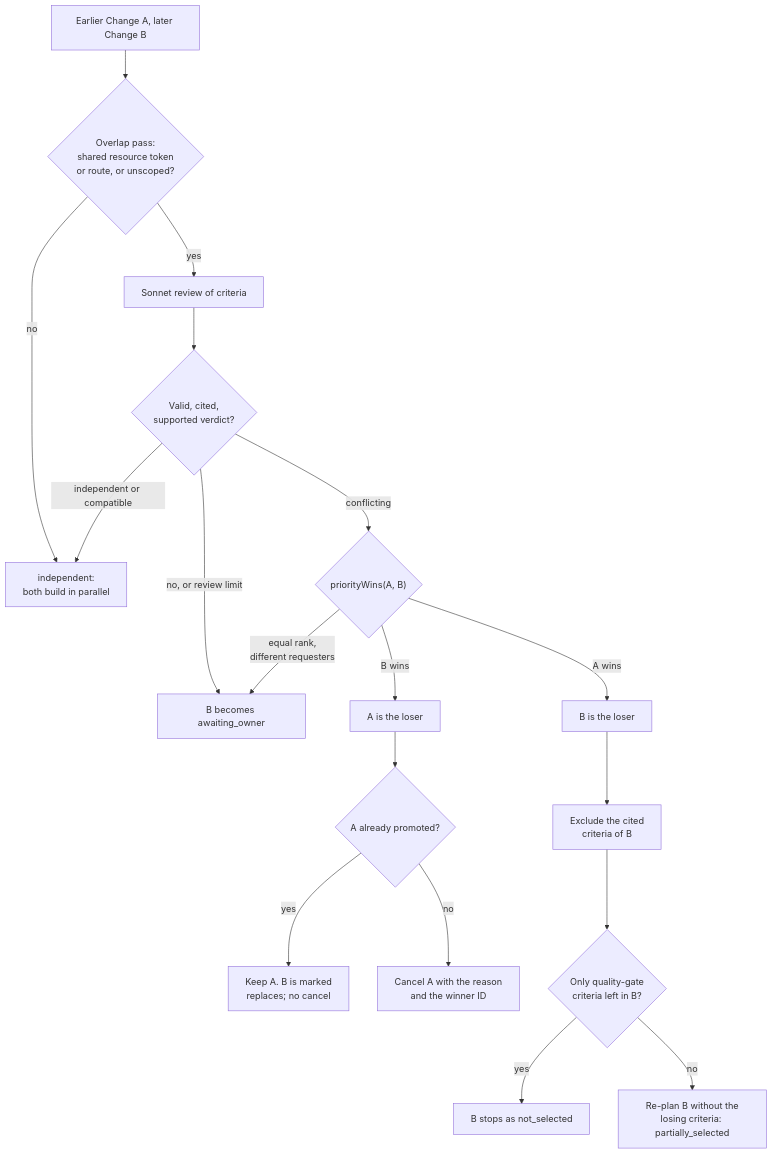
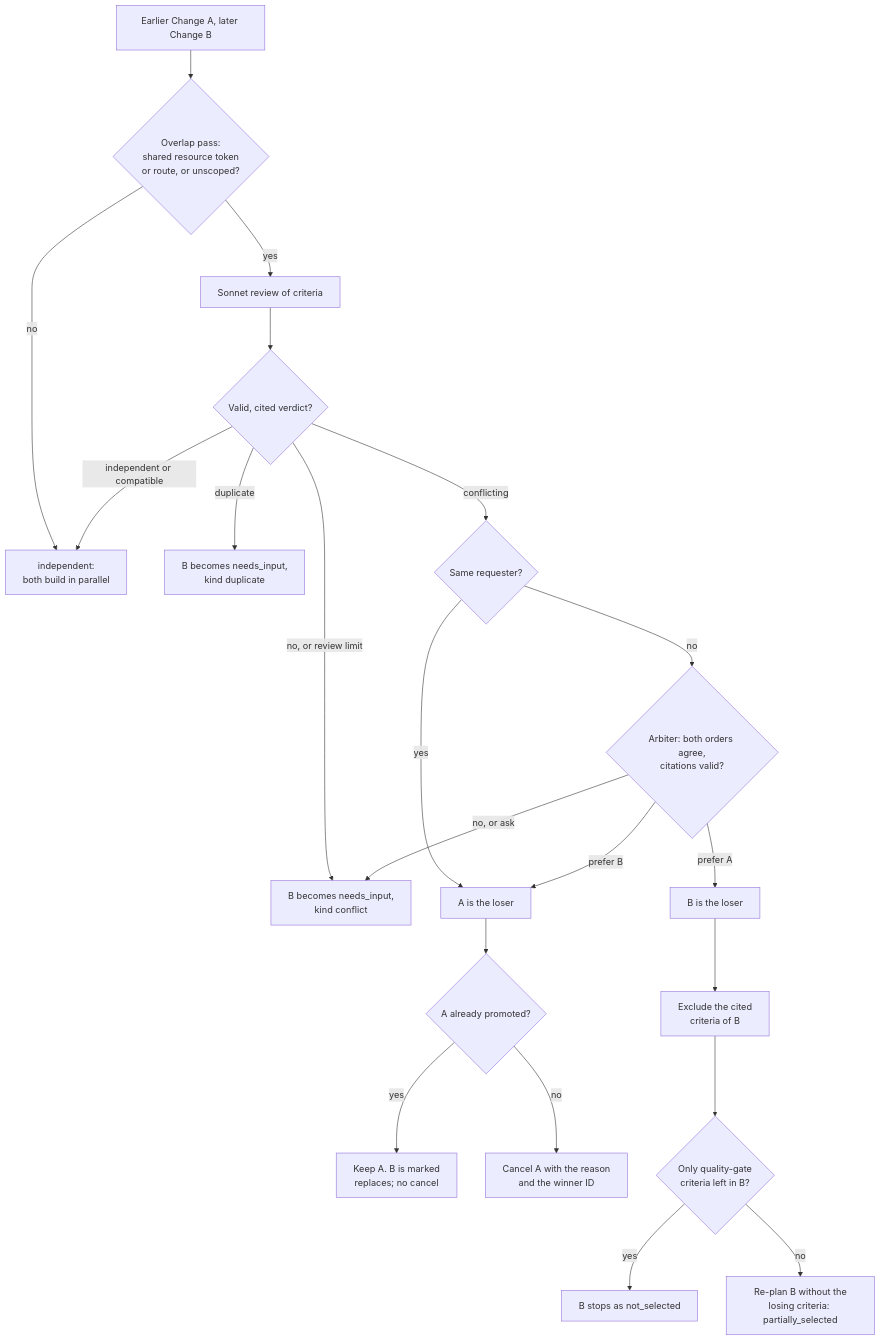
The third of 3 diagrams in docs/architecture/shared-projects.md (nsudhanva/rhumbatron), drawn with Mermaid before and after one commit. The commit also changed other lines of this file and 37 other files, not shown here.

First line of the commit message:
feat(integration): intake gate and system-decided requests replace owner priority

````diff
--- a/docs/architecture/shared-projects.md
+++ b/docs/architecture/shared-projects.md
@@ -199,20 +323,23 @@
 ```mermaid
 flowchart TB
   S["Earlier Change A, later Change B"] --> O{"Overlap pass:<br/>shared resource token<br/>or route, or unscoped?"}
   O -->|"no"| IND["independent:<br/>both build in parallel"]
   O -->|"yes"| R["Sonnet review of criteria"]
-  R --> V{"Valid, cited,<br/>supported verdict?"}
-  V -->|"no, or review limit"| AO["B becomes awaiting_owner"]
+  R --> V{"Valid, cited verdict?"}
+  V -->|"no, or review limit"| ASK["B becomes needs_input,<br/>kind conflict"]
   V -->|"independent or compatible"| IND
-  V -->|"conflicting"| P{"priorityWins(A, B)"}
-  P -->|"equal rank,<br/>different requesters"| AO
-  P -->|"B wins"| LA["A is the loser"]
-  P -->|"A wins"| LB["B is the loser"]
+  V -->|"duplicate"| DUP["B becomes needs_input,<br/>kind duplicate"]
+  V -->|"conflicting"| SR{"Same requester?"}
+  SR -->|"yes"| LA["A is the loser"]
+  SR -->|"no"| AR{"Arbiter: both orders agree,<br/>citations valid?"}
+  AR -->|"no, or ask"| ASK
+  AR -->|"prefer B"| LA
+  AR -->|"prefer A"| LB["B is the loser"]
   LA --> PR{"A already promoted?"}
   PR -->|"yes"| KEEP["Keep A. B is marked<br/>replaces; no cancel"]
   PR -->|"no"| CAN["Cancel A with the reason<br/>and the winner ID"]
   LB --> EXC["Exclude the cited<br/>criteria of B"]
   EXC --> NS{"Only quality-gate<br/>criteria left in B?"}
   NS -->|"yes"| NOT["B stops as not_selected"]
   NS -->|"no"| PART["Re-plan B without the<br/>losing criteria: partially_selected"]
 ```
````
